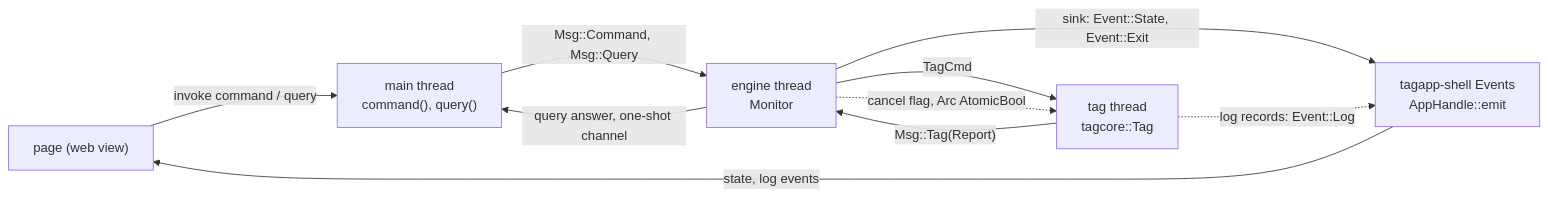
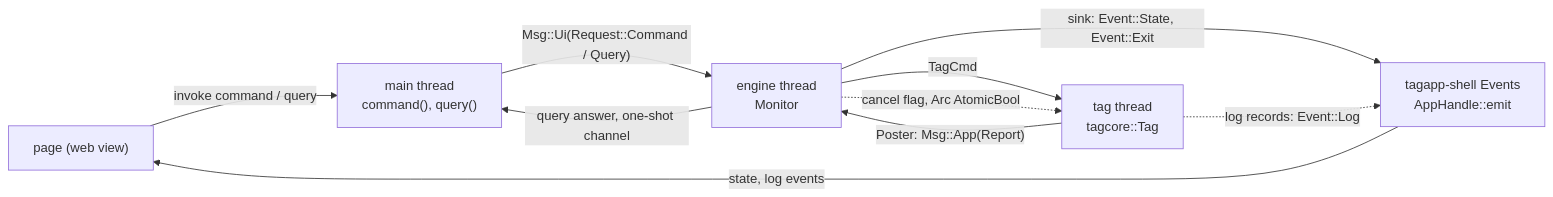
Before and after one commit to tag-designs/software: the first of 2 diagrams in host/design/tutorial/11-engine-and-model.md, drawn with Mermaid. The commit also changed other lines of this file and 23 other files, not shown here.

First line of the commit message:
host: Tag Monitor moves onto the engine toolkit (phase 3)

````diff
--- a/host/design/tutorial/11-engine-and-model.md
+++ b/host/design/tutorial/11-engine-and-model.md
@@ -125,12 +132,12 @@
 ```mermaid
 flowchart LR
     page["page (web view)"] -- "invoke command / query" --> shell["main thread<br/>command(), query()"]
-    shell -- "Msg::Command, Msg::Query" --> engine["engine thread<br/>Monitor"]
+    shell -- "Msg::Ui(Request::Command / Query)" --> engine["engine thread<br/>Monitor"]
     engine -- "TagCmd" --> tag["tag thread<br/>tagcore::Tag"]
-    tag -- "Msg::Tag(Report)" --> engine
+    tag -- "Poster: Msg::App(Report)" --> engine
     engine -- "query answer, one-shot channel" --> shell
     engine -- "sink: Event::State, Event::Exit" --> emit["tagapp-shell Events<br/>AppHandle::emit"]
     tag -. "log records: Event::Log" .-> emit
     emit -- "state, log events" --> page
     engine -. "cancel flag, Arc AtomicBool" .-> tag
 ```
````
